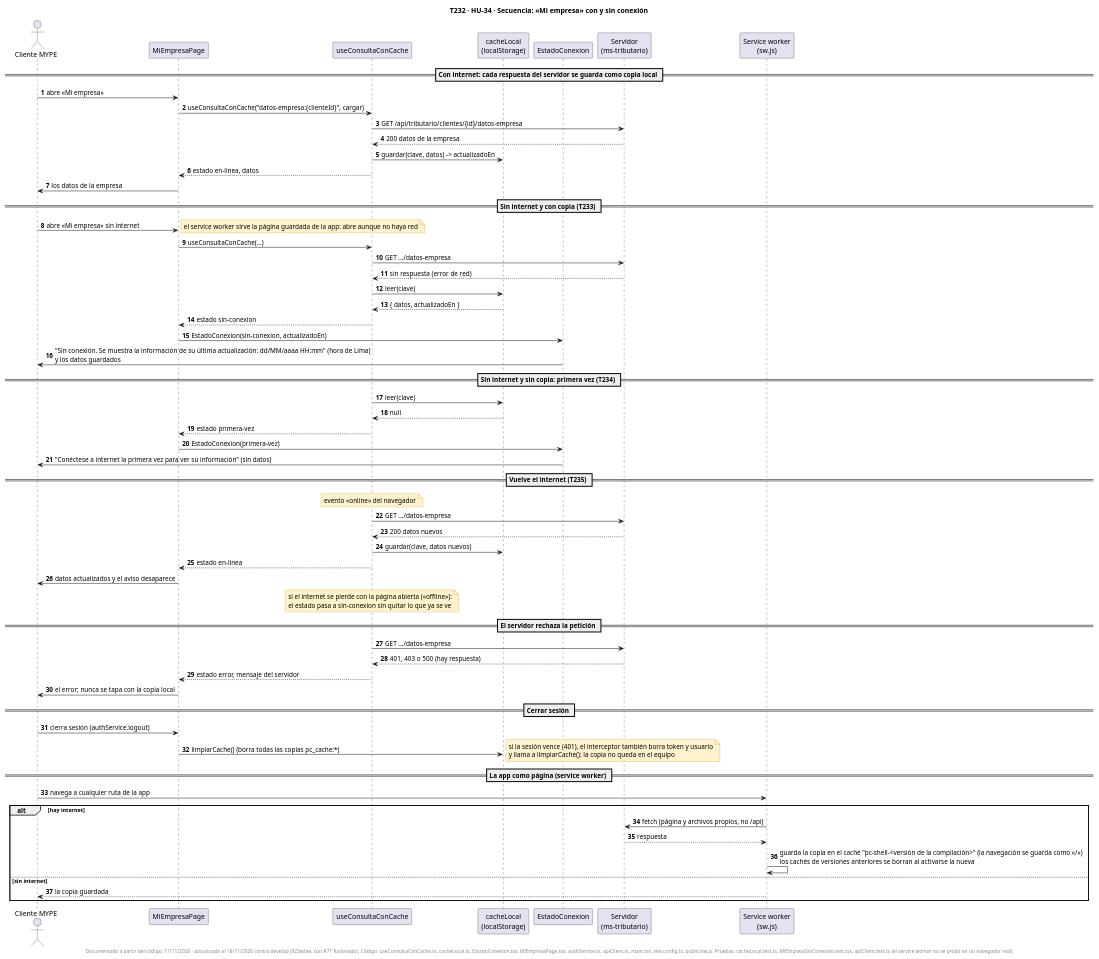
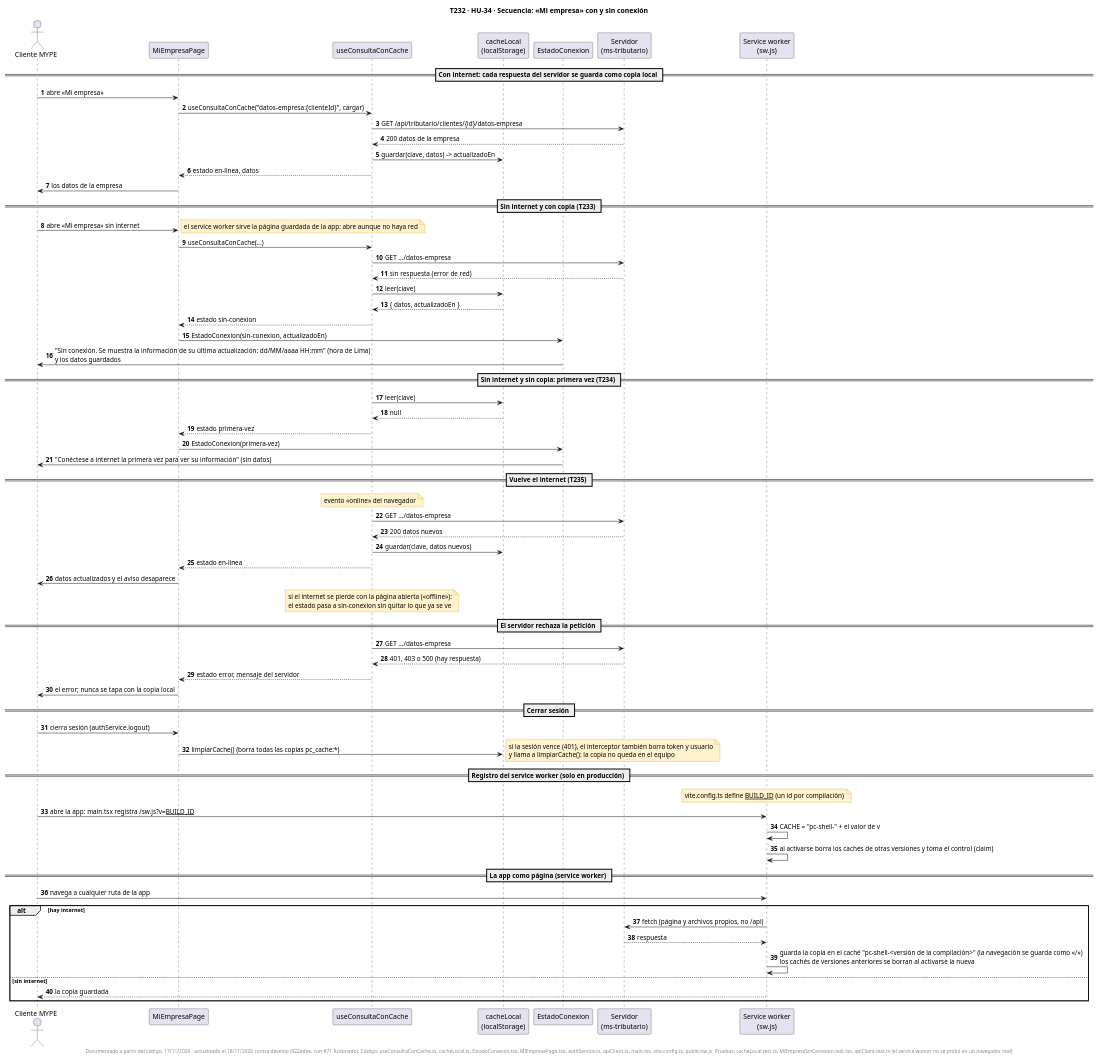
One commit to fabianrodriguez33/plus-contable changed the diagram in docs/uml/T232-HU34-secuencia-sin-conexion.puml. Above: the diagram before and after it, drawn with PlantUML. The commit also changed 3 other files, not shown here.

Commit message:
Secuencias: ruta /mis-avisos con MisAvisosPage (T202) y registro del service worker con versión (T232)

```diff
--- a/docs/uml/T232-HU34-secuencia-sin-conexion.puml
+++ b/docs/uml/T232-HU34-secuencia-sin-conexion.puml
@@ -1,75 +1,81 @@
 @startuml
 title T232 · HU-34 · Secuencia: «Mi empresa» con y sin conexión
 skinparam shadowing false
 skinparam noteBackgroundColor #FFF2CC
 skinparam noteBorderColor #BF9000
 autonumber
 
 actor "Cliente MYPE" as U
 participant "MiEmpresaPage" as P
 participant "useConsultaConCache" as H
 participant "cacheLocal\n(localStorage)" as C
 participant "EstadoConexion" as E
 participant "Servidor\n(ms-tributario)" as S
 participant "Service worker\n(sw.js)" as SW
 
 == Con internet: cada respuesta del servidor se guarda como copia local ==
 U -> P : abre «Mi empresa»
 P -> H : useConsultaConCache("datos-empresa:{clienteId}", cargar)
 H -> S : GET /api/tributario/clientes/{id}/datos-empresa
 S --> H : 200 datos de la empresa
 H -> C : guardar(clave, datos) -> actualizadoEn
 H --> P : estado en-linea, datos
 P -> U : los datos de la empresa
 
 == Sin internet y con copia (T233) ==
 U -> P : abre «Mi empresa» sin internet
 note right : el service worker sirve la página guardada de la app: abre aunque no haya red
 P -> H : useConsultaConCache(...)
 H -> S : GET .../datos-empresa
 S --> H : sin respuesta (error de red)
 H -> C : leer(clave)
 C --> H : { datos, actualizadoEn }
 H --> P : estado sin-conexion
 P -> E : EstadoConexion(sin-conexion, actualizadoEn)
 E -> U : "Sin conexión. Se muestra la información de su última actualización: dd/MM/aaaa HH:mm" (hora de Lima)\ny los datos guardados
 
 == Sin internet y sin copia: primera vez (T234) ==
 H -> C : leer(clave)
 C --> H : null
 H --> P : estado primera-vez
 P -> E : EstadoConexion(primera-vez)
 E -> U : "Conéctese a internet la primera vez para ver su información" (sin datos)
 
 == Vuelve el internet (T235) ==
 note over H : evento «online» del navegador
 H -> S : GET .../datos-empresa
 S --> H : 200 datos nuevos
 H -> C : guardar(clave, datos nuevos)
 H --> P : estado en-linea
 P -> U : datos actualizados y el aviso desaparece
 note over H : si el internet se pierde con la página abierta («offline»):\nel estado pasa a sin-conexion sin quitar lo que ya se ve
 
 == El servidor rechaza la petición ==
 H -> S : GET .../datos-empresa
 S --> H : 401, 403 o 500 (hay respuesta)
 H --> P : estado error, mensaje del servidor
 P -> U : el error; nunca se tapa con la copia local
 
 == Cerrar sesión ==
 U -> P : cierra sesión (authService.logout)
 P -> C : limpiarCache() (borra todas las copias pc_cache:*)
 note right : si la sesión vence (401), el interceptor también borra token y usuario\ny llama a limpiarCache(): la copia no queda en el equipo
 
+== Registro del service worker (solo en producción) ==
+note over SW : vite.config.ts define __BUILD_ID__ (un id por compilación)
+U -> SW : abre la app: main.tsx registra /sw.js?v=__BUILD_ID__
+SW -> SW : CACHE = "pc-shell-" + el valor de v
+SW -> SW : al activarse borra los cachés de otras versiones y toma el control (claim)
+
 == La app como página (service worker) ==
 U -> SW : navega a cualquier ruta de la app
 alt hay internet
   SW -> S : fetch (página y archivos propios, no /api)
   S --> SW : respuesta
   SW -> SW : guarda la copia en el caché "pc-shell-<versión de la compilación>" (la navegación se guarda como «/»)\nlos cachés de versiones anteriores se borran al activarse la nueva
 else sin internet
   SW --> U : la copia guardada
 end
 
 footer Documentado a partir del código, 17/11/2026 · actualizado el 18/11/2026 contra develop (922edee, con #71 fusionado). Código: useConsultaConCache.ts, cacheLocal.ts, EstadoConexion.tsx, MiEmpresaPage.tsx, authService.ts, apiClient.ts, main.tsx, vite.config.ts, public/sw.js. Pruebas: cacheLocal.test.ts, MiEmpresaSinConexion.test.tsx, apiClient.test.ts (el service worker no se probó en un navegador real)
 @enduml
```
